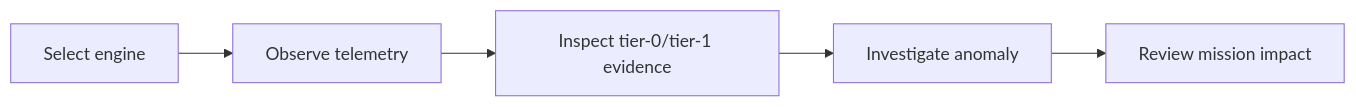
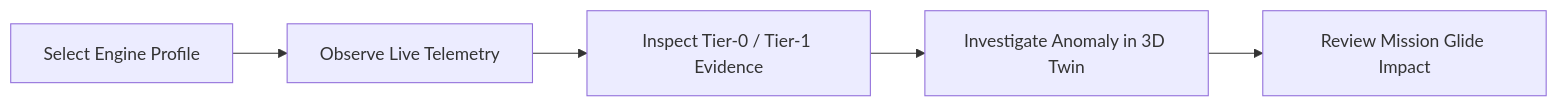
Before and after one commit to Aayush-Deshpande/Maverick: the fourth of 4 diagrams in docs_site/technical/20-operator-gcs.md, drawn with Mermaid. The commit also changed other lines of this file and 60 other files, not shown here.

````diff
--- a/docs_site/technical/20-operator-gcs.md
+++ b/docs_site/technical/20-operator-gcs.md
@@ -59,7 +168,7 @@
 ```mermaid
 flowchart LR
-    A[Select engine] --> B[Observe telemetry]
-    B --> C[Inspect tier-0/tier-1 evidence]
-    C --> D[Investigate anomaly]
-    D --> E[Review mission impact]
+    A["Select Engine Profile"] --> B["Observe Live Telemetry"]
+    B --> C["Inspect Tier-0 / Tier-1 Evidence"]
+    C --> D["Investigate Anomaly in 3D Twin"]
+    D --> E["Review Mission Glide Impact"]
 ```
````
